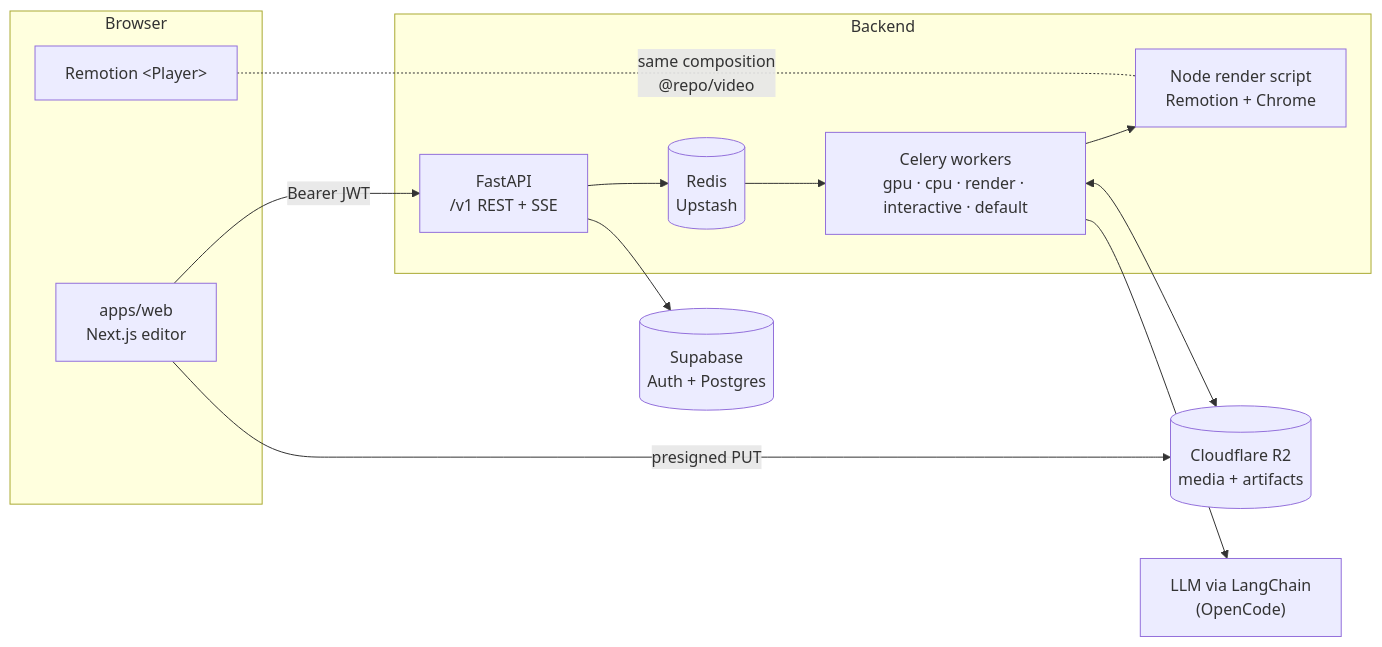
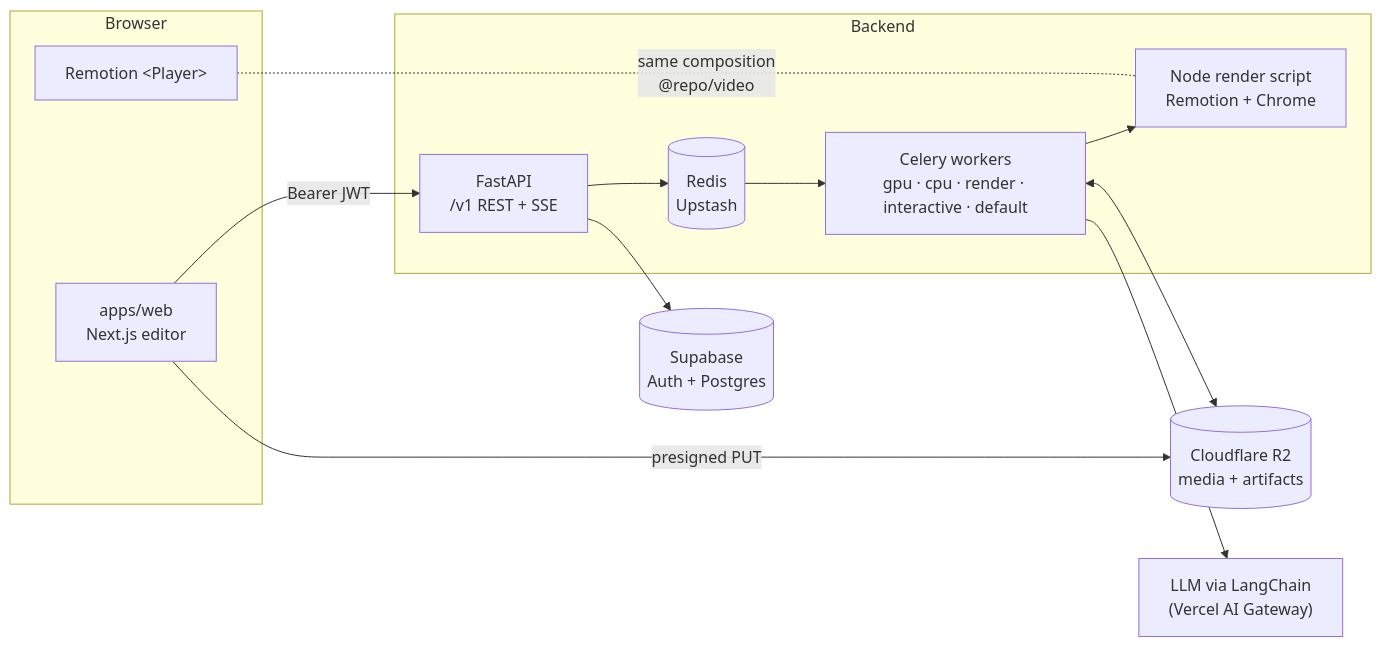
One commit to adwaitgawade/cliper-ai changed the diagram in README.md. Above: the diagram before and after it, drawn with Mermaid. The commit also changed other lines of this file and 31 other files, not shown here.

````diff
--- a/README.md
+++ b/README.md
@@ -98,25 +98,25 @@
 ```mermaid
 flowchart LR
     subgraph Browser
         W["apps/web<br/>Next.js editor"]
         P["Remotion &lt;Player&gt;"]
     end
     subgraph Backend
         API["FastAPI<br/>/v1 REST + SSE"]
         Q[("Redis<br/>Upstash")]
         WK["Celery workers<br/>gpu · cpu · render · interactive · default"]
         R["Node render script<br/>Remotion + Chrome"]
     end
     DB[("Supabase<br/>Auth + Postgres")]
     S3[("Cloudflare R2<br/>media + artifacts")]
-    LLM["LLM via LangChain<br/>(OpenCode)"]
+    LLM["LLM via LangChain<br/>(Vercel AI Gateway)"]
 
     W -- "Bearer JWT" --> API
     W -- "presigned PUT" --> S3
     API --> DB
     API --> Q --> WK
     WK --> LLM
     WK --> R
     WK <--> S3
     P -. "same composition<br/>@repo/video" .- R
 ```
````
